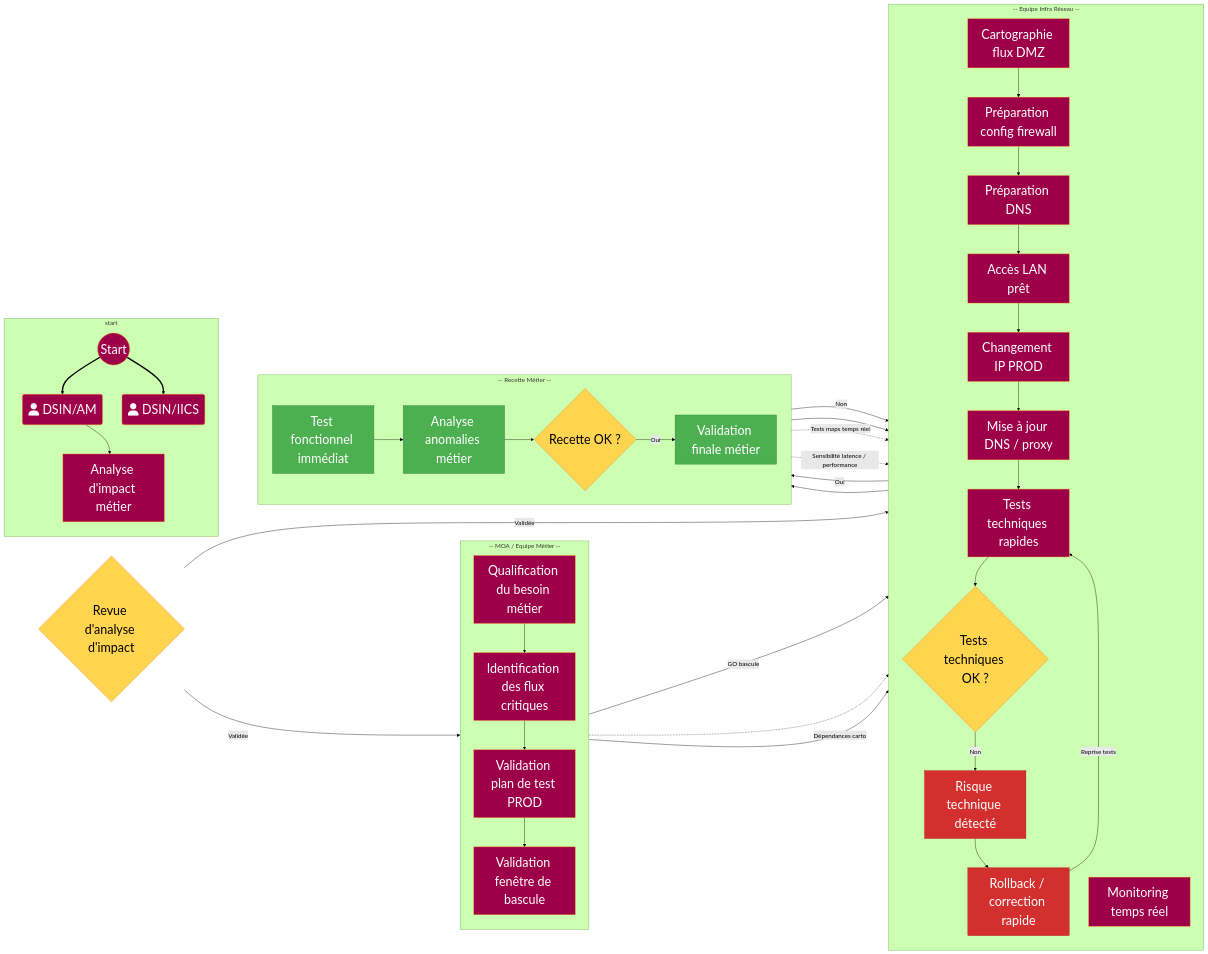
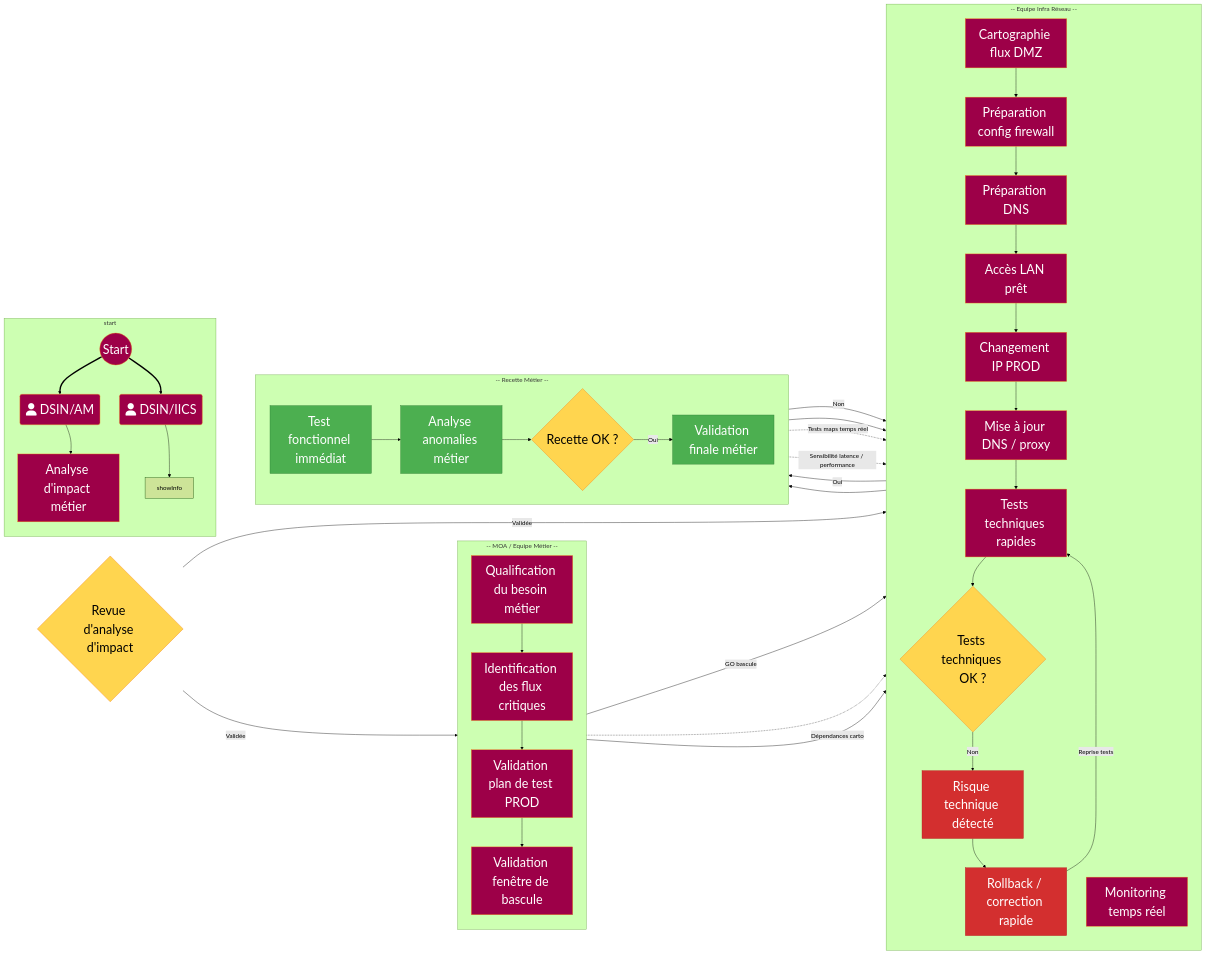
Before and after one commit to fdadda/iodraw-files: the diagram in all/CHANGE IP - Sans Pre-Prod.md, drawn with Mermaid (forest theme).

Commit message:
2026-06-01 15:27:53 update

```diff
--- a/all/CHANGE IP - Sans Pre-Prod.md
+++ b/all/CHANGE IP - Sans Pre-Prod.md
@@ -14,7 +14,7 @@
 start((Start)):::metier ==> AM
 start ==> IICS
 AM-->S0
-
+IICS-->showInfo
   
    
     
```
